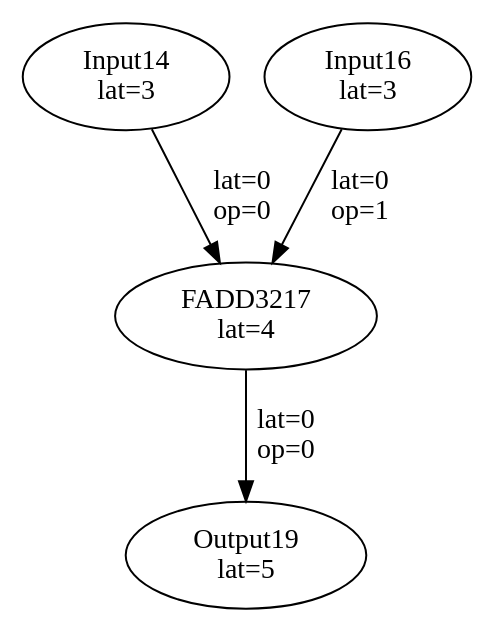
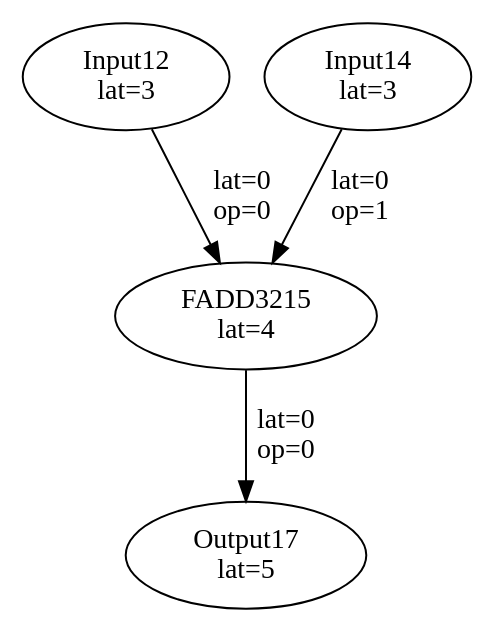
Before and after one commit to MIONkb/cgrv-opt: the diagram in experiments/EasyMLIRCall/tempfiles/mapped_dfg.dot, drawn with Graphviz. The commit also changed 265 other files, not shown here.

```diff
--- a/experiments/EasyMLIRCall/tempfiles/mapped_dfg.dot
+++ b/experiments/EasyMLIRCall/tempfiles/mapped_dfg.dot
@@ -1,9 +1,9 @@
 Digraph G {
+"Input12"[label = "\N\nlat=3"];
 "Input14"[label = "\N\nlat=3"];
-"Input16"[label = "\N\nlat=3"];
-"FADD3217"[label = "\N\nlat=4"];
-"Input14"->"FADD3217"[label = "lat=0\nop=0"];
-"Input16"->"FADD3217"[label = "lat=0\nop=1"];
-"Output19"[label = "\N\nlat=5"];
-"FADD3217"->"Output19"[label = "lat=0\nop=0"];
+"FADD3215"[label = "\N\nlat=4"];
+"Input12"->"FADD3215"[label = "lat=0\nop=0"];
+"Input14"->"FADD3215"[label = "lat=0\nop=1"];
+"Output17"[label = "\N\nlat=5"];
+"FADD3215"->"Output17"[label = "lat=0\nop=0"];
 }
```
